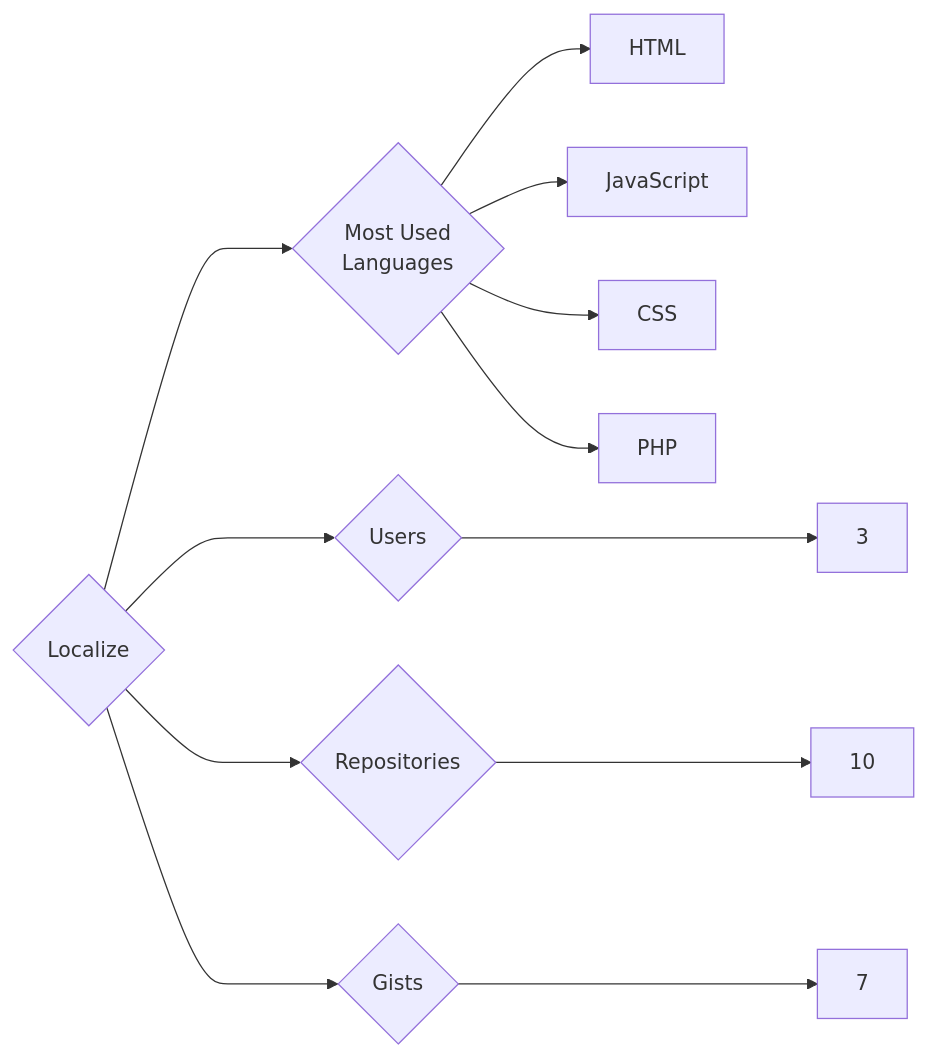
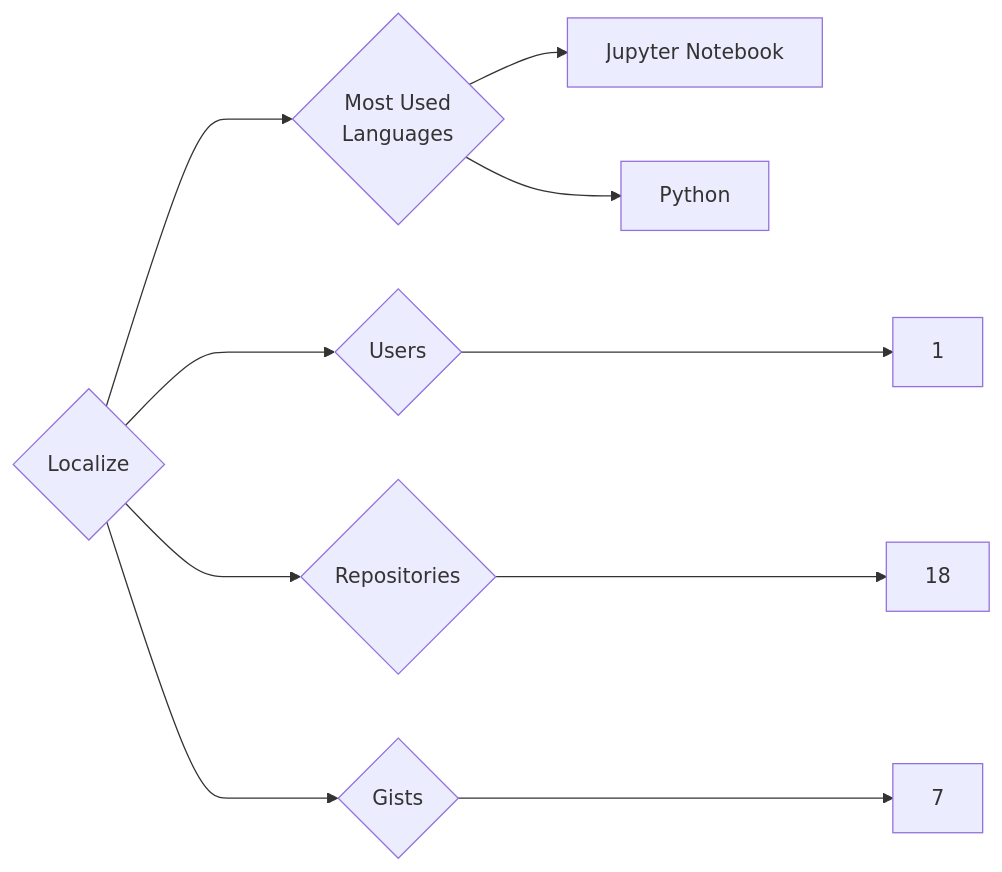
The diagram in targets/Localize/README.md (trickest/insiders), drawn with Mermaid before and after one commit. The commit also changed 899 other files, not shown here.

````diff
--- a/targets/Localize/README.md
+++ b/targets/Localize/README.md
@@ -3,12 +3,10 @@
 ```mermaid
 graph LR
 COMPANY_NAME{Localize}
-COMPANY_NAME ---> U{Users} ---> UN[3]
-COMPANY_NAME ---> R{Repositories} ---> RN[10]
+COMPANY_NAME ---> U{Users} ---> UN[1]
+COMPANY_NAME ---> R{Repositories} ---> RN[18]
 COMPANY_NAME ---> G{Gists} ---> GN[7]
 COMPANY_NAME ---> ML{Most Used<br>Languages}
-ML --> HTML[HTML]
-ML --> JavaScript[JavaScript]
-ML --> CSS[CSS]
-ML --> PHP[PHP]
+ML --> Jupyter_Notebook[Jupyter Notebook]
+ML --> Python[Python]
 ```
````
